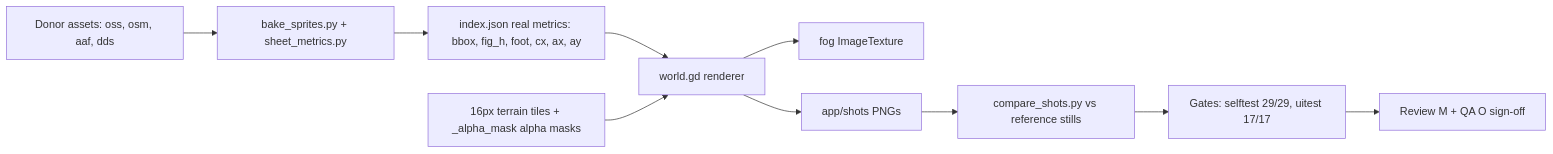
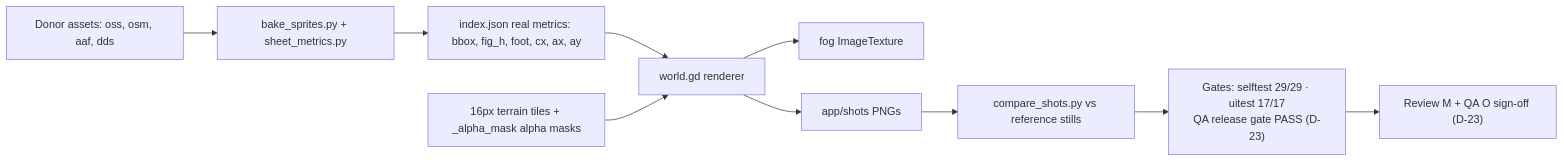
One commit to xevilmaxx/CossacksGodot changed the first of 2 diagrams in docs/STATUS_GRAPHICS.md. Above: the diagram before and after it, drawn with Mermaid. The commit also changed other lines of this file and 1531 other files, not shown here.

````diff
--- a/docs/STATUS_GRAPHICS.md
+++ b/docs/STATUS_GRAPHICS.md
@@ -42,12 +42,12 @@
 ```mermaid
 flowchart LR
   D["Donor assets: oss, osm, aaf, dds"] --> B["bake_sprites.py + sheet_metrics.py"]
   B --> I["index.json real metrics: bbox, fig_h, foot, cx, ax, ay"]
   I --> W["world.gd renderer"]
   T["16px terrain tiles + _alpha_mask alpha masks"] --> W
   W --> F["fog ImageTexture"]
   W --> S["app/shots PNGs"]
   S --> C["compare_shots.py vs reference stills"]
-  C --> G["Gates: selftest 29/29, uitest 17/17"]
-  G --> R["Review M + QA O sign-off"]
+  C --> G["Gates: selftest 29/29 · uitest 17/17<br/>QA release gate PASS (D-23)"]
+  G --> R["Review M + QA O sign-off (D-23)"]
 ```
````
